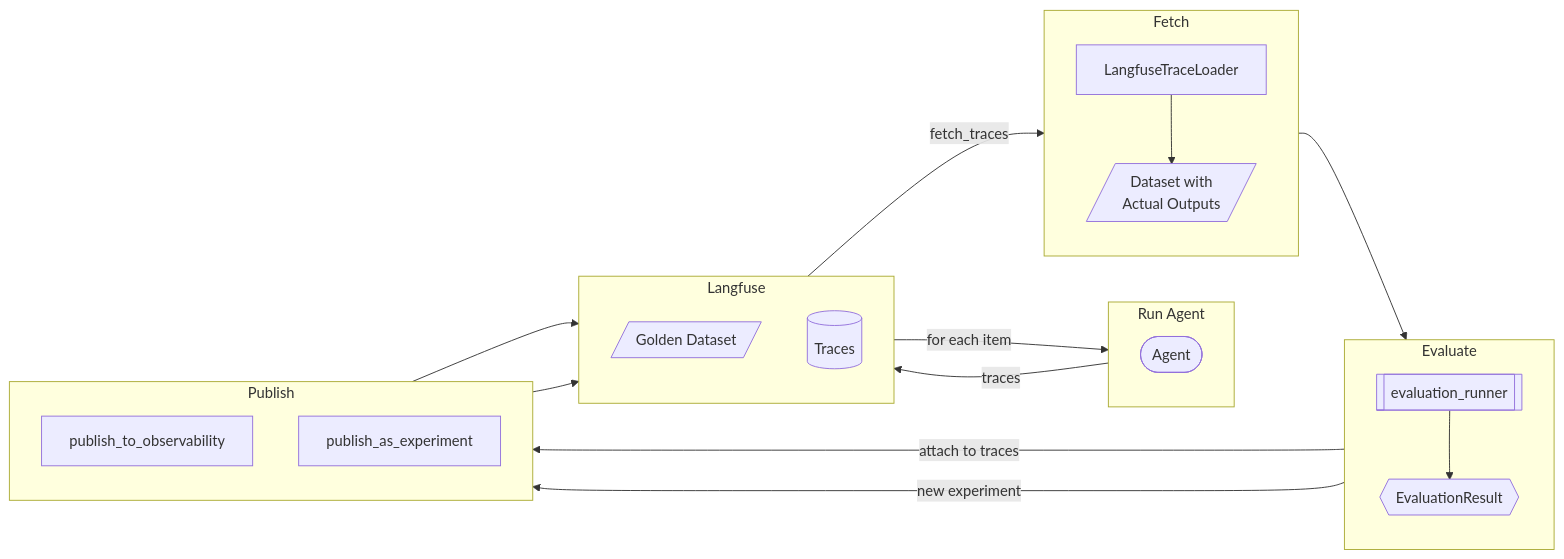
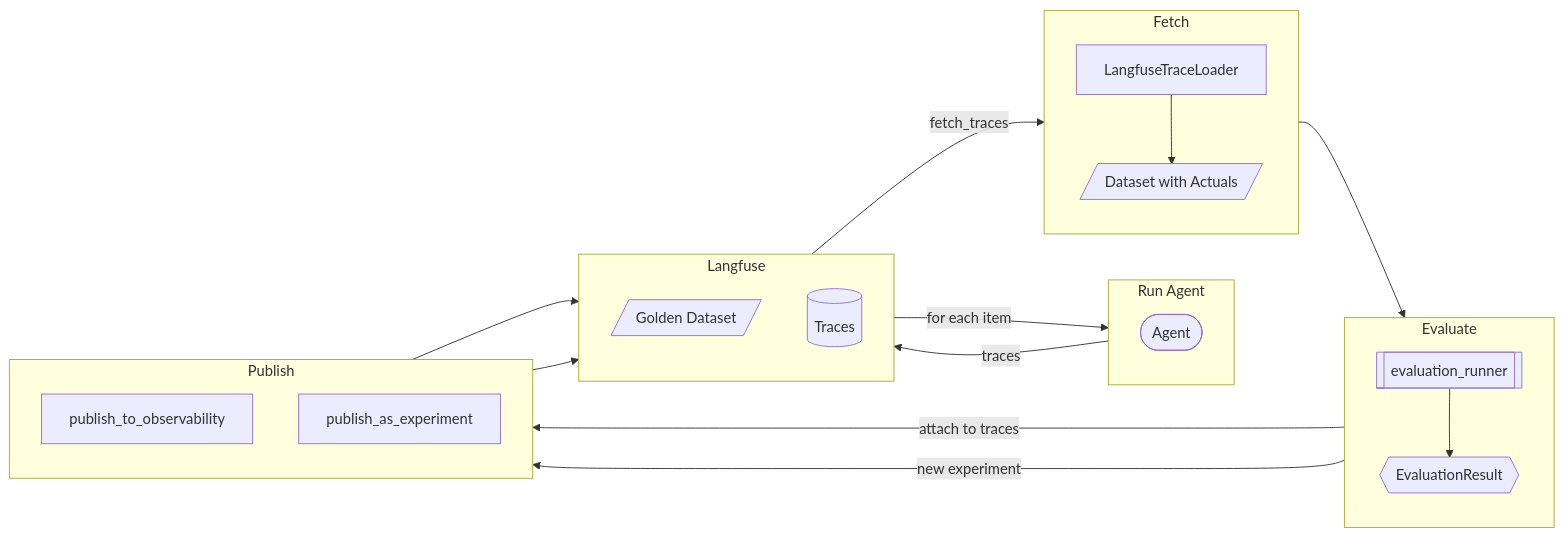
One commit to ax-foundry/axion changed the second of 5 diagrams in docs/guides/langfuse/overview.md. Above: the diagram before and after it, drawn with Mermaid. The commit also changed other lines of this file, not shown here.

````diff
--- a/docs/guides/langfuse/overview.md
+++ b/docs/guides/langfuse/overview.md
@@ -102,42 +102,42 @@
 ```mermaid
 flowchart LR
     subgraph LF["Langfuse"]
         direction TB
         A[/Golden Dataset/]
         C[(Traces)]
     end
 
     subgraph Run["Run Agent"]
         direction TB
         B([Agent])
     end
 
     subgraph Fetch["Fetch"]
         direction TB
         D[LangfuseTraceLoader]
-        E[/Dataset with\nActual Outputs/]
+        E[/Dataset with Actuals/]
         D --> E
     end
 
     subgraph Evaluate["Evaluate"]
         direction TB
         F[[evaluation_runner]]
         G{{EvaluationResult}}
         F --> G
     end
 
     subgraph Publish["Publish"]
         direction TB
         H[publish_to_observability]
         I[publish_as_experiment]
     end
 
     A -->|for each item| B
     B -->|traces| C
     C -->|fetch_traces| D
     E --> F
     G -->|attach to traces| H
     G -->|new experiment| I
     H --> C
     I --> C
 ```
````
